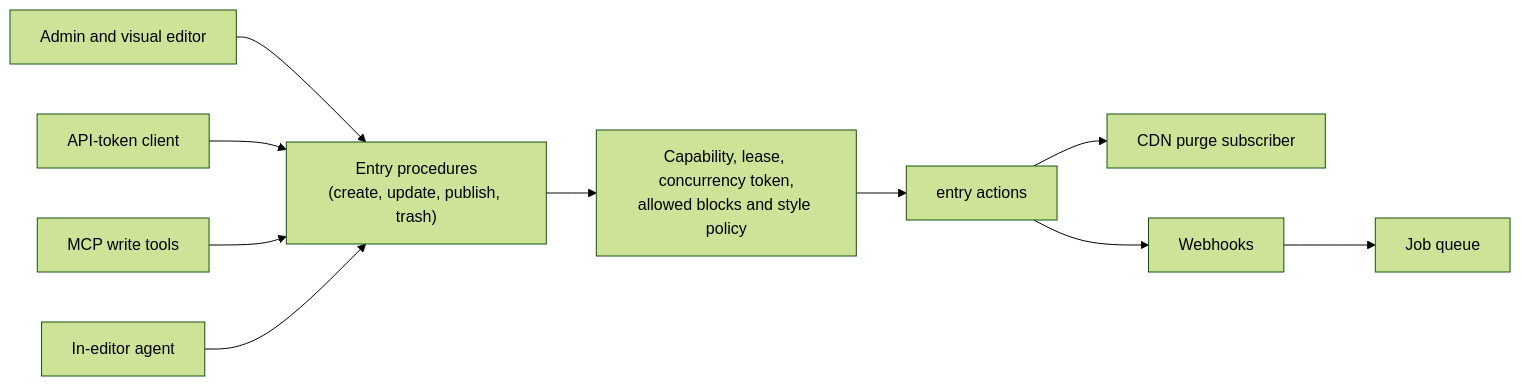
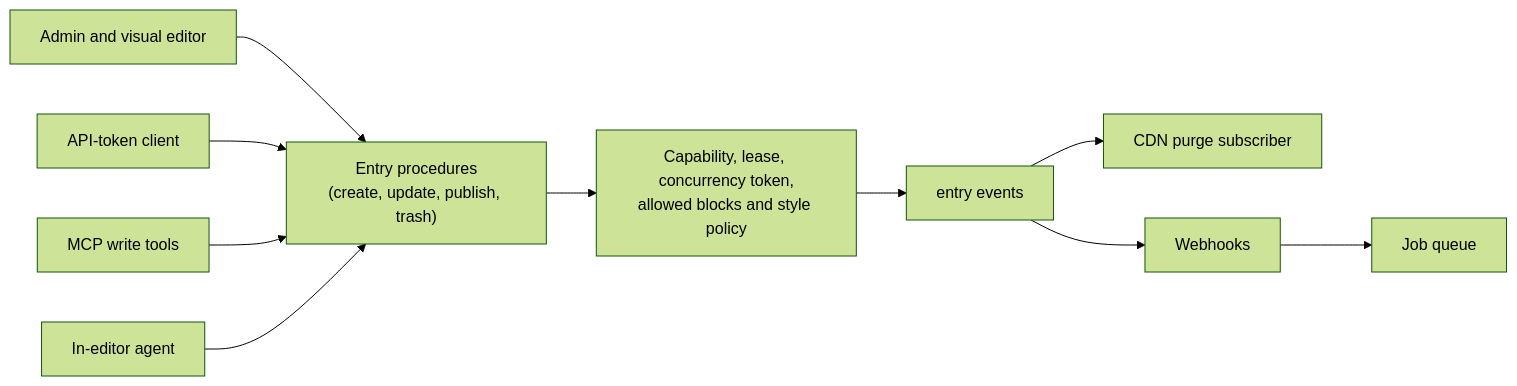
One commit to withplumix/plumix changed the second of 2 diagrams in docs/architecture/rpc-and-editing.md. Above: the diagram before and after it, drawn with Mermaid (forest theme). The commit also changed other lines of this file and 262 other files, not shown here.

````diff
--- a/docs/architecture/rpc-and-editing.md
+++ b/docs/architecture/rpc-and-editing.md
@@ -30,12 +30,12 @@
 ```mermaid
 flowchart LR
   admin["Admin and visual editor"] --> procs["Entry procedures<br/>(create, update, publish, trash)"]
   token["API-token client"] --> procs
   mcp["MCP write tools"] --> procs
   assistant["In-editor agent"] --> procs
   procs --> checks["Capability, lease, concurrency token,<br/>allowed blocks and style policy"]
-  checks --> actions["entry actions"]
-  actions --> purge["CDN purge subscriber"]
-  actions --> hooks["Webhooks"]
-  hooks --> queue["Job queue"]
+  checks --> events["entry events"]
+  events --> purge["CDN purge subscriber"]
+  events --> webhooks["Webhooks"]
+  webhooks --> queue["Job queue"]
 ```
````
